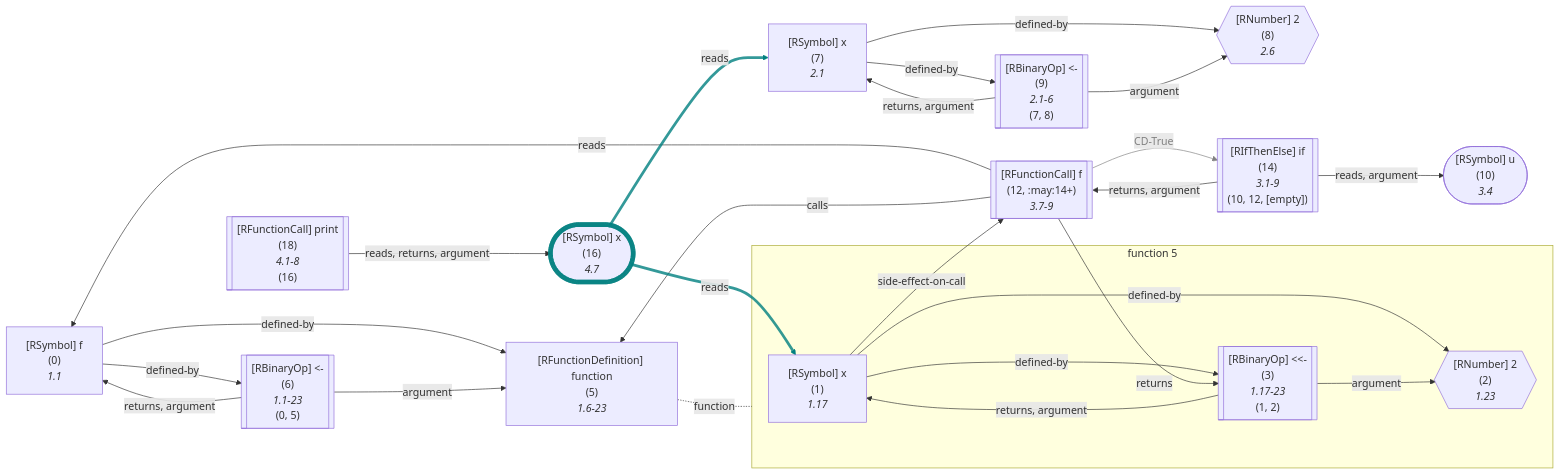
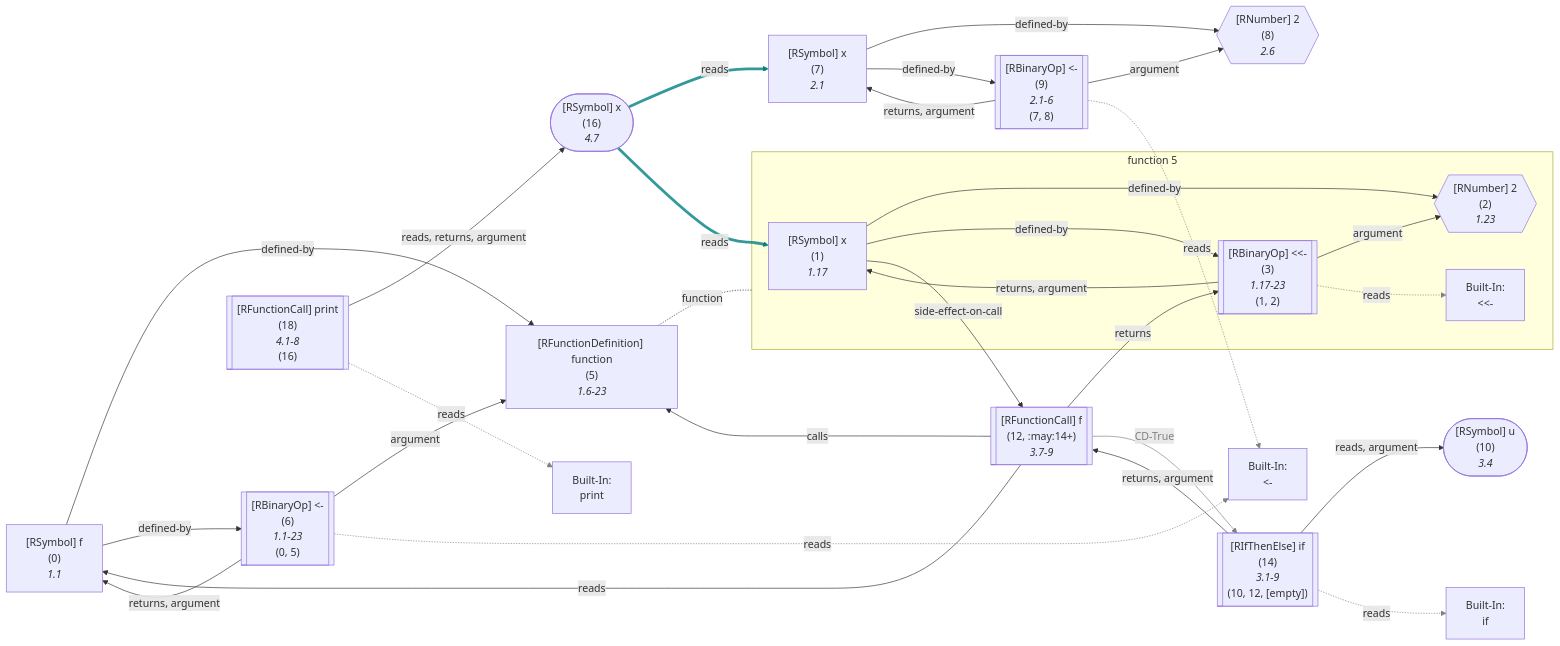
One commit to flowr-analysis/flowr changed diagram 11 of 48 in wiki/Dataflow Graph.md. Above: the diagram before and after it, drawn with Mermaid. The commit also changed other lines of this file and 7 other files, not shown here.

Commit message:
[skip ci] doc: update generated wiki pages (wiki/Capabilities,wiki/Dataflow Graph,wiki/Search API,wiki/Interface,wiki/Control Flow Graph,wiki/Linting and Testing,wiki/Core,README)

````diff
--- a/wiki/Dataflow Graph.md
+++ b/wiki/Dataflow Graph.md
@@ -1061,6 +1109,8 @@
       (3)
       *1.17-23*
     (1, 2)`"]]
+    built-in:__-["`Built-In:
+#60;#60;#45;`"]
 end
     0["`#91;RSymbol#93; f
       (0)
@@ -1069,6 +1119,8 @@
       (6)
       *1.1-23*
     (0, 5)`"]]
+    built-in:_-["`Built-In:
+#60;#45;`"]
     8{{"`#91;RNumber#93; 2
       (8)
       *2.6*`"}}
@@ -1094,39 +1146,52 @@
       (14)
       *3.1-9*
     (10, 12, [empty])`"]]
+    built-in:if["`Built-In:
+if`"]
     16(["`#91;RSymbol#93; x
       (16)
       *4.7*`"])
-    style 16 stroke:teal,stroke-width:7px,stroke-opacity:.8; 
     18[["`#91;RFunctionCall#93; print
       (18)
       *4.1-8*
     (16)`"]]
+    built-in:print["`Built-In:
+print`"]
     1 -->|"defined-by"| 2
     1 -->|"defined-by"| 3
     1 -->|"side-effect-on-call"| 12
     3 -->|"argument"| 2
     3 -->|"returns, argument"| 1
+    3 -.->|"reads"| built-in:__-
+    linkStyle 5 stroke:gray;
 5 -.-|function| flow-5
 
     0 -->|"defined-by"| 5
     0 -->|"defined-by"| 6
     6 -->|"argument"| 5
     6 -->|"returns, argument"| 0
+    6 -.->|"reads"| built-in:_-
+    linkStyle 11 stroke:gray;
     7 -->|"defined-by"| 8
     7 -->|"defined-by"| 9
     9 -->|"argument"| 8
     9 -->|"returns, argument"| 7
+    9 -.->|"reads"| built-in:_-
+    linkStyle 16 stroke:gray;
     12 -->|"reads"| 0
     12 -->|"returns"| 3
     12 -->|"calls"| 5
     12 -->|"CD-True"| 14
-    linkStyle 17 stroke:gray,color:gray;
+    linkStyle 20 stroke:gray,color:gray;
     14 -->|"returns, argument"| 12
     14 -->|"reads, argument"| 10
+    14 -.->|"reads"| built-in:if
+    linkStyle 23 stroke:gray;
     16 -->|"reads"| 7
-    linkStyle 20 stroke:teal,stroke-width:4.2px,stroke-opacity:.8
+    linkStyle 24 stroke:teal,stroke-width:4.2px,stroke-opacity:.8
     16 -->|"reads"| 1
-    linkStyle 21 stroke:teal,stroke-width:4.2px,stroke-opacity:.8
+    linkStyle 25 stroke:teal,stroke-width:4.2px,stroke-opacity:.8
     18 -->|"reads, returns, argument"| 16
+    18 -.->|"reads"| built-in:print
+    linkStyle 27 stroke:gray;
 ```
````
